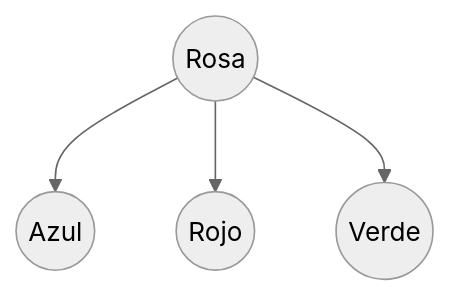
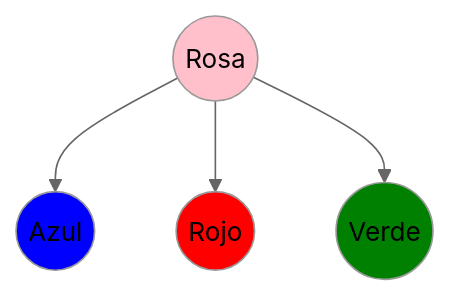
One commit to DRSJir/SistemasOperativos changed the diagram in Comunicacion de Procesos/Familia Exec/Readme.md. Above: the diagram before and after it, drawn with Mermaid (neutral theme).

````diff
--- a/Comunicacion de Procesos/Familia Exec/Readme.md
+++ b/Comunicacion de Procesos/Familia Exec/Readme.md
@@ -2,6 +2,11 @@
 ```mermaid
 flowchart TD
 	A((Rosa)) --> B((Azul))
 	A((Rosa)) --> C((Rojo))
 	A((Rosa)) --> D((Verde))
+
+style A fill:pink
+style B fill:blue
+style C fill:red
+style D fill:green
 ```
````
